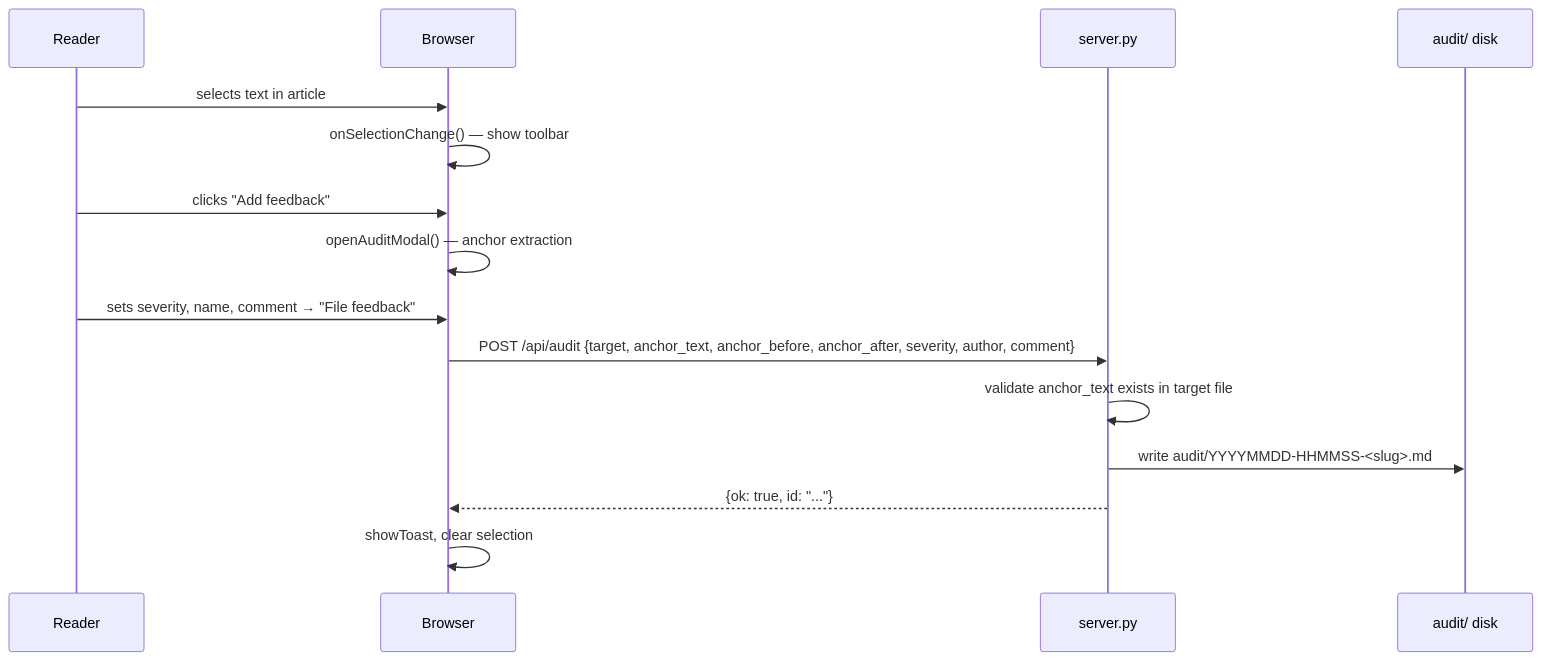
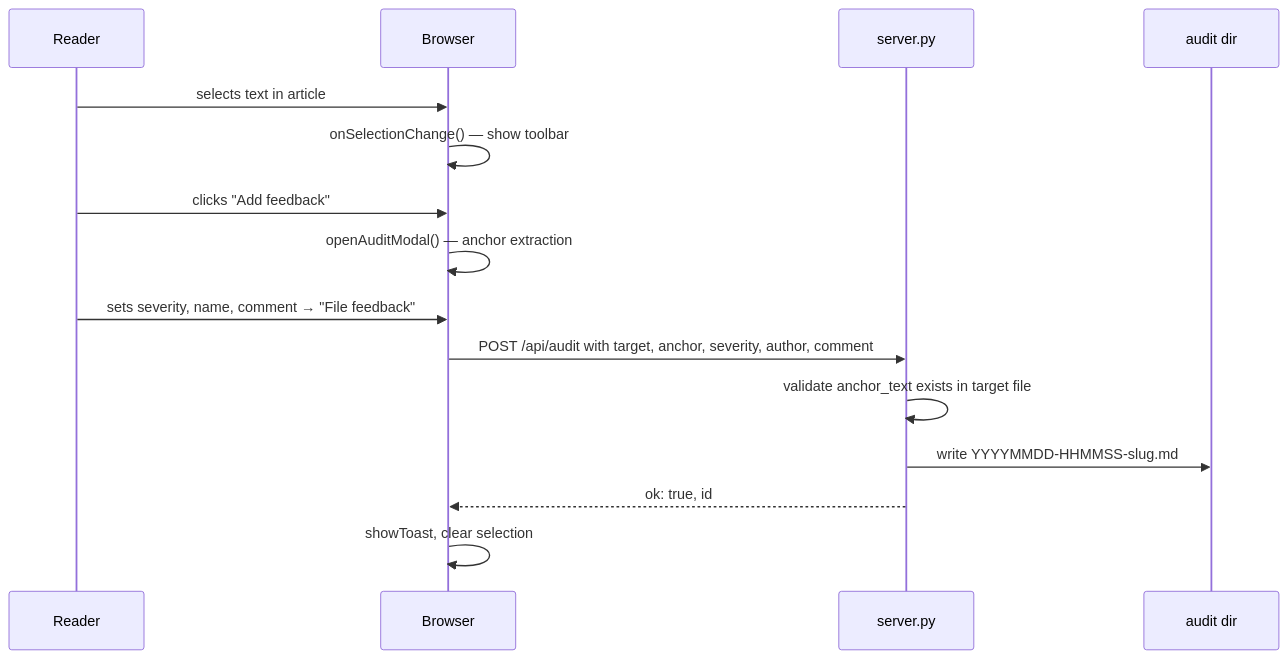
The first of 2 diagrams in wiki/concepts/frontend/Audit Feedback System.md (BrewHog/llm-wiki-viewer), drawn with Mermaid before and after one commit. The commit also changed 4 other files, not shown here.

First line of the commit message:
feat: wiki bookmarks + fix mermaid blank-line rendering

````diff
--- a/wiki/concepts/frontend/Audit Feedback System.md
+++ b/wiki/concepts/frontend/Audit Feedback System.md
@@ -15,18 +15,18 @@
 ```mermaid
 sequenceDiagram
     participant U as Reader
     participant B as Browser
     participant S as server.py
-    participant D as audit/ disk
+    participant D as audit dir
 
     U->>B: selects text in article
     B->>B: onSelectionChange() — show toolbar
     U->>B: clicks "Add feedback"
     B->>B: openAuditModal() — anchor extraction
     U->>B: sets severity, name, comment → "File feedback"
-    B->>S: POST /api/audit {target, anchor_text, anchor_before, anchor_after, severity, author, comment}
+    B->>S: POST /api/audit with target, anchor, severity, author, comment
     S->>S: validate anchor_text exists in target file
-    S->>D: write audit/YYYYMMDD-HHMMSS-<slug>.md
-    S-->>B: {ok: true, id: "..."}
+    S->>D: write YYYYMMDD-HHMMSS-slug.md
+    S-->>B: ok: true, id
     B->>B: showToast, clear selection
 ```
````
